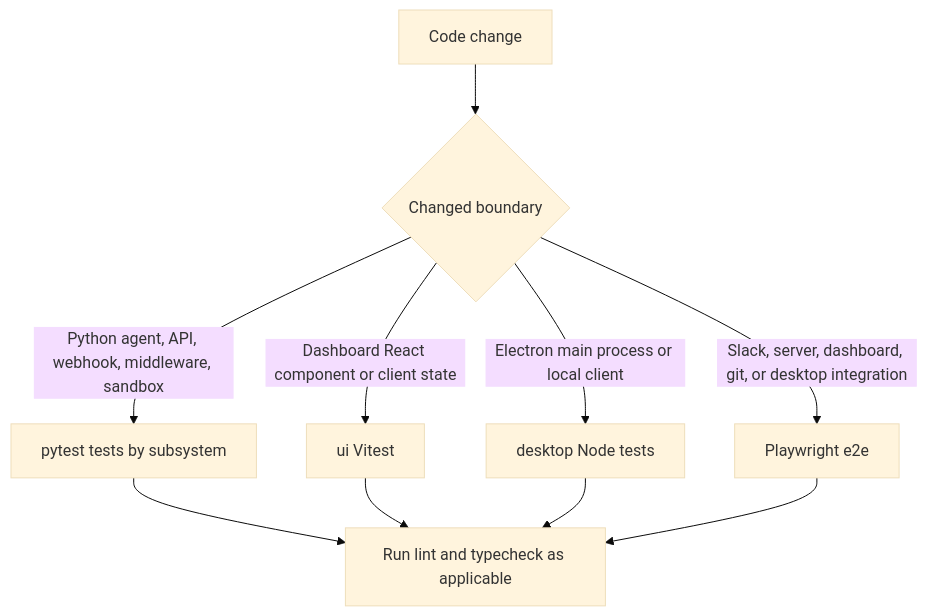
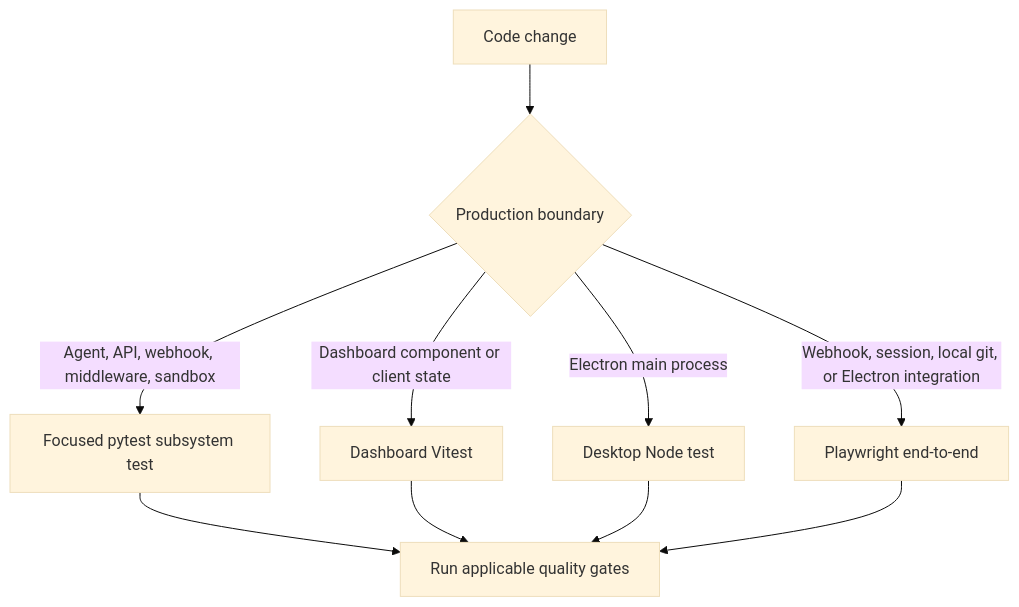
The first of 2 diagrams in openwiki/testing/overview.md (langchain-ai/open-swe), drawn with Mermaid (base theme) before and after one commit. The commit also changed other lines of this file and 21 other files, not shown here.

````diff
--- a/openwiki/testing/overview.md
+++ b/openwiki/testing/overview.md
@@ -78,12 +63,12 @@
 ```mermaid
 flowchart TD
-    Change["Code change"] --> Area{"Changed boundary"}
-    Area -->|"Python agent, API, webhook, middleware, sandbox"| Py["pytest tests by subsystem"]
-    Area -->|"Dashboard React component or client state"| UI["ui Vitest"]
-    Area -->|"Electron main process or local client"| Desk["desktop Node tests"]
-    Area -->|"Slack, server, dashboard, git, or desktop integration"| E2E["Playwright e2e"]
-    Py --> Gates["Run lint and typecheck as applicable"]
-    UI --> Gates
-    Desk --> Gates
+    Change["Code change"] --> Boundary{"Production boundary"}
+    Boundary -->|"Agent, API, webhook, middleware, sandbox"| Python["Focused pytest subsystem test"]
+    Boundary -->|"Dashboard component or client state"| Dashboard["Dashboard Vitest"]
+    Boundary -->|"Electron main process"| Desktop["Desktop Node test"]
+    Boundary -->|"Webhook, session, local git, or Electron integration"| E2E["Playwright end-to-end"]
+    Python --> Gates["Run applicable quality gates"]
+    Dashboard --> Gates
+    Desktop --> Gates
     E2E --> Gates
 ```
````
